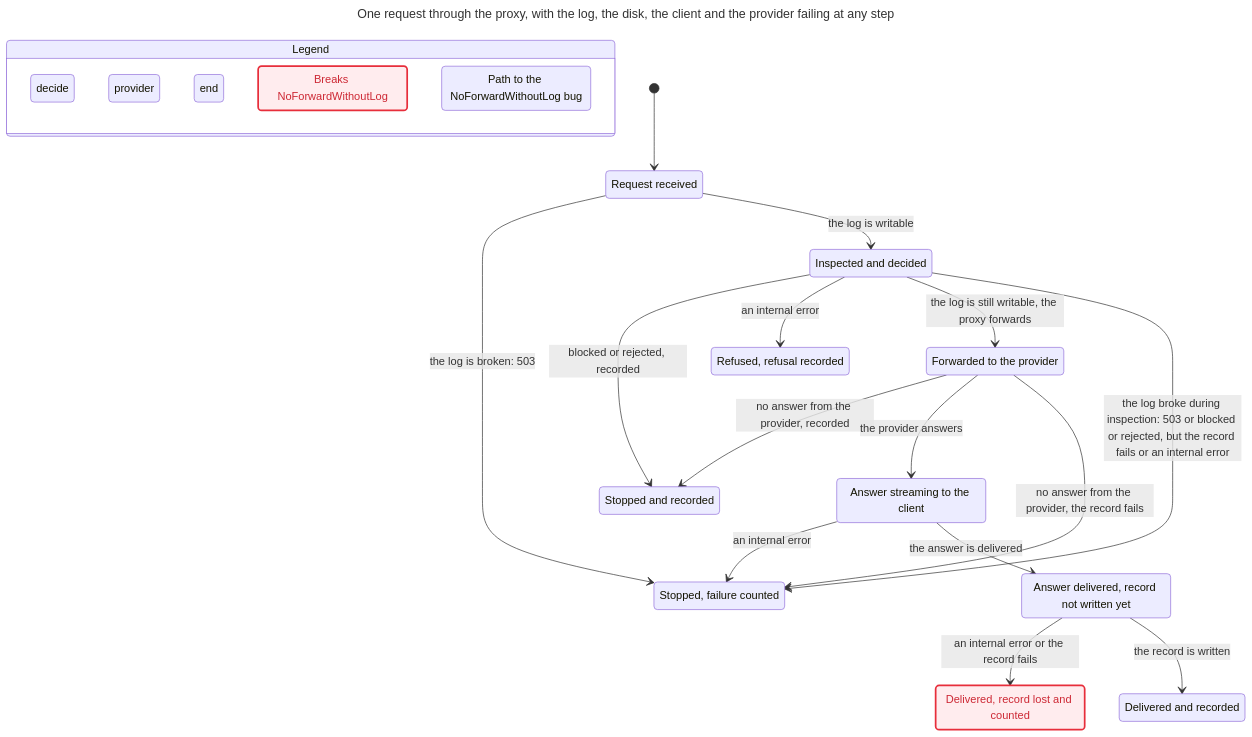
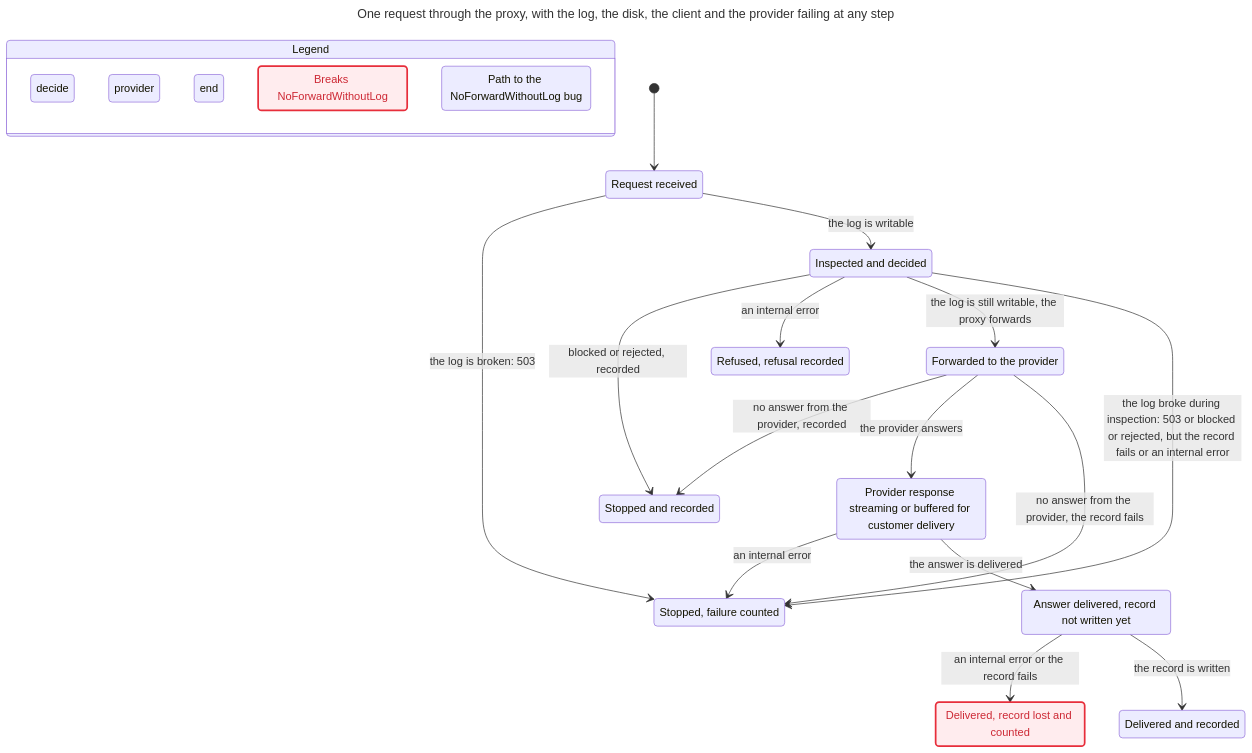
Before and after one commit to adagora/ai-audit: the first of 3 diagrams in docs/verification/README.md, drawn with Mermaid. The commit also changed other lines of this file and 36 other files, not shown here.

````diff
--- a/docs/verification/README.md
+++ b/docs/verification/README.md
@@ -65,60 +68,60 @@
 ```mermaid
 ---
 title: "One request through the proxy, with the log, the disk, the client and the provider failing at any step"
 ---
 stateDiagram-v2
   state "Legend" as legend {
     lg0: decide
     lg1: provider
     lg2: end
     lg3: Breaks NoForwardWithoutLog
     lg4: Path to the NoForwardWithoutLog bug
   }
   class lg0 blue
   class lg1 yellow
   class lg2 teal
   class lg3 breaks
   class lg4 bugPath
   s0: Request received
   s1: Stopped, failure counted
   s2: Inspected and decided
   s3: Stopped and recorded
   s4: Refused, refusal recorded
   s5: Forwarded to the provider
-  s6: Answer streaming to the client
+  s6: Provider response streaming or buffered for customer delivery
   s7: Answer delivered, record not written yet
   s8: Delivered, record lost and counted
   s9: Delivered and recorded
   [*] --> s0
   s0 --> s1: the log is broken: 503
   s0 --> s2: the log is writable
   s2 --> s3: blocked or rejected, recorded
   s2 --> s4: an internal error
   s2 --> s5: the log is still writable, the proxy forwards
   s5 --> s3: no answer from the provider, recorded
   s5 --> s6: the provider answers
   s2 --> s1: the log broke during inspection: 503 or blocked or rejected, but the record fails or an internal error
   s5 --> s1: no answer from the provider, the record fails
   s6 --> s1: an internal error
   s6 --> s7: the answer is delivered
   s7 --> s8: an internal error or the record fails
   s7 --> s9: the record is written
   classDef breaks fill:#ffecee,stroke:#e72e3b,stroke-width:2.5px,color:#cd2834
   class s0 blue
   class s0 bugPath
   class s1 teal
   class s2 blue
   class s2 bugPath
   class s3 teal
   class s4 teal
   class s5 yellow
   class s5 bugPath
   class s6 yellow
   class s6 bugPath
   class s7 yellow
   class s7 bugPath
   class s8 teal
   class s8 breaks
   class s8 bugPath
   class s9 teal
 ```
````
